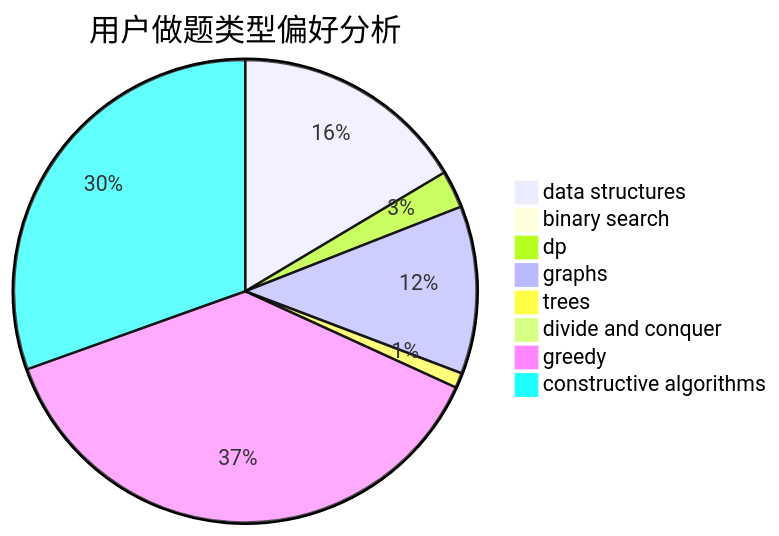
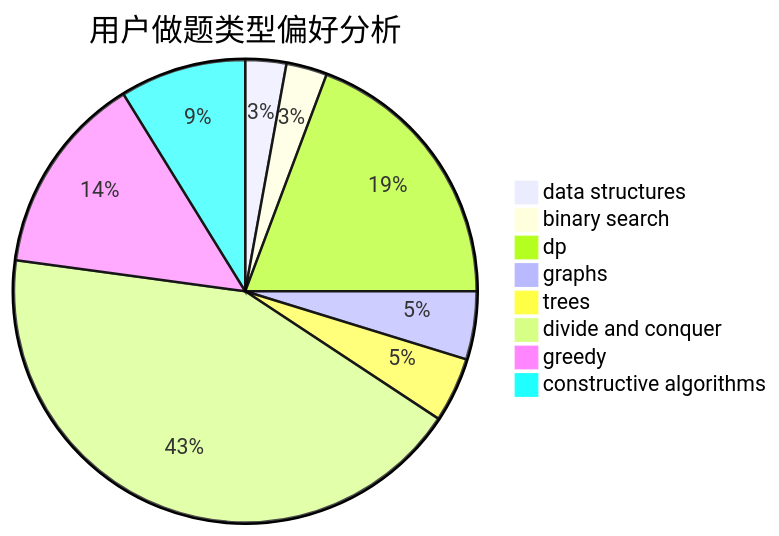
One commit to sherpahu/cfrs.github.io changed the second of 3 diagrams in docs/user/u731.md. Above: the diagram before and after it, drawn with Mermaid. The commit also changed other lines of this file and 2770 other files, not shown here.

````diff
--- a/docs/user/u731.md
+++ b/docs/user/u731.md
@@ -23,11 +23,11 @@
 ```mermaid
 pie title 用户做题类型偏好分析
-    "data structures" :  327
-    "binary search" :  11
-    "dp" :  52
-    "graphs" :  233
-    "trees" :  21
-    "divide and conquer" :  5
-    "greedy" :  750
-    "constructive algorithms" :  606
+    "data structures" :  12
+    "binary search" :  12
+    "dp" :  81
+    "graphs" :  20
+    "trees" :  19
+    "divide and conquer" :  180
+    "greedy" :  59
+    "constructive algorithms" :  37
 ```
````
